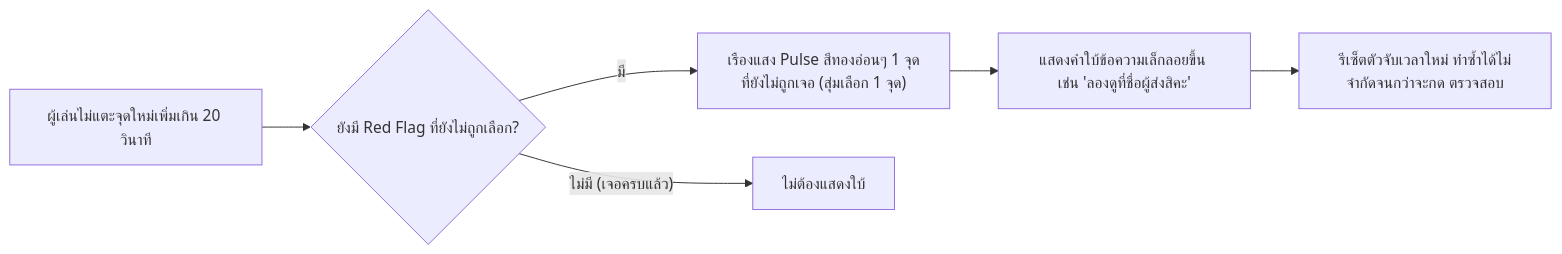
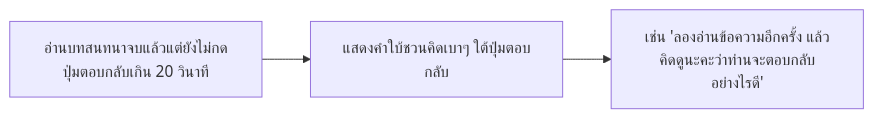
One commit to ChayutChanmueang/media-literacy-preview changed the second of 2 diagrams in docs/gdd/design-g6.md. Above: the diagram before and after it, drawn with Mermaid. The commit also changed other lines of this file and 616 other files, not shown here.

````diff
--- a/docs/gdd/design-g6.md
+++ b/docs/gdd/design-g6.md
@@ -149,8 +186,5 @@
 ```mermaid
 flowchart LR
-    A[ผู้เล่นไม่แตะจุดใหม่เพิ่มเกิน 20 วินาที] --> B{ยังมี Red Flag ที่ยังไม่ถูกเลือก?}
-    B -- มี --> C["เรืองแสง Pulse สีทองอ่อนๆ 1 จุดที่ยังไม่ถูกเจอ (สุ่มเลือก 1 จุด)"]
-    C --> D[แสดงคำใบ้ข้อความเล็กลอยขึ้น เช่น 'ลองดูที่ชื่อผู้ส่งสิคะ']
-    D --> E[รีเซ็ตตัวจับเวลาใหม่ ทำซ้ำได้ไม่จำกัดจนกว่าจะกด ตรวจสอบ]
-    B -- ไม่มี (เจอครบแล้ว) --> F[ไม่ต้องแสดงใบ้]
+    A[อ่านบทสนทนาจบแล้วแต่ยังไม่กดปุ่มตอบกลับเกิน 20 วินาที] --> B["แสดงคำใบ้ชวนคิดเบาๆ ใต้ปุ่มตอบกลับ"]
+    B --> C["เช่น 'ลองอ่านข้อความอีกครั้ง แล้วคิดดูนะคะว่าท่านจะตอบกลับอย่างไรดี'"]
 ```
````
